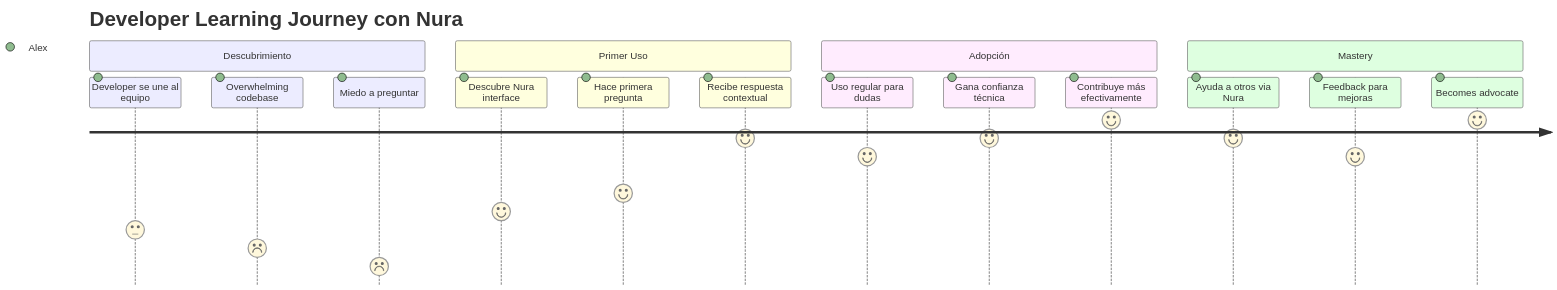
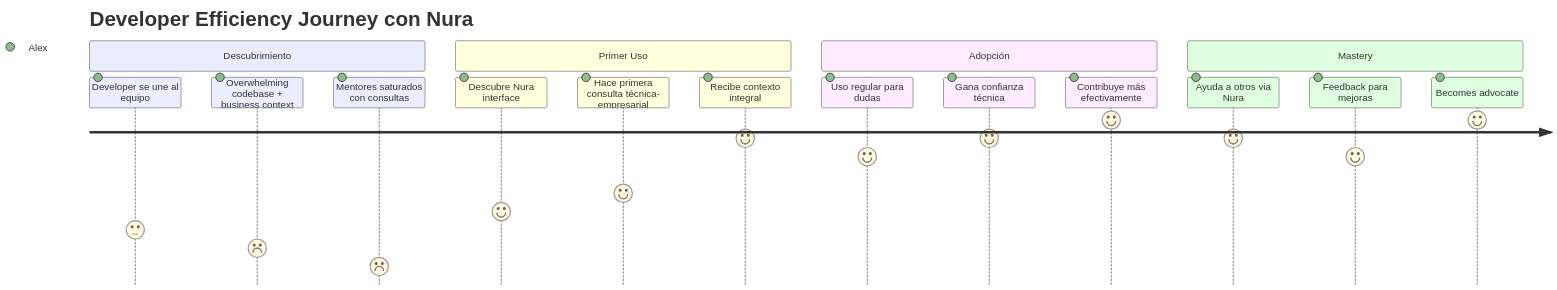
One commit to LIDR-academy/AI4Devs-finalproject changed the tenth of 10 diagrams in readme.md. Above: the diagram before and after it, drawn with Mermaid. The commit also changed other lines of this file and 9 other files, not shown here.

````diff
--- a/readme.md
+++ b/readme.md
@@ -1102,20 +1114,20 @@
 ```mermaid
 journey
-    title Developer Learning Journey con Nura
+    title Developer Efficiency Journey con Nura
     section Descubrimiento
       Developer se une al equipo: 3: Alex
-      Overwhelming codebase: 2: Alex
-      Miedo a preguntar: 1: Alex
+      Overwhelming codebase + business context: 2: Alex
+      Mentores saturados con consultas: 1: Alex
     section Primer Uso
       Descubre Nura interface: 4: Alex
-      Hace primera pregunta: 5: Alex
-      Recibe respuesta contextual: 8: Alex
+      Hace primera consulta técnica-empresarial: 5: Alex
+      Recibe contexto integral: 8: Alex
     section Adopción
       Uso regular para dudas: 7: Alex
       Gana confianza técnica: 8: Alex
       Contribuye más efectivamente: 9: Alex
     section Mastery
       Ayuda a otros via Nura: 8: Alex
       Feedback para mejoras: 7: Alex
       Becomes advocate: 9: Alex
 ```
````
